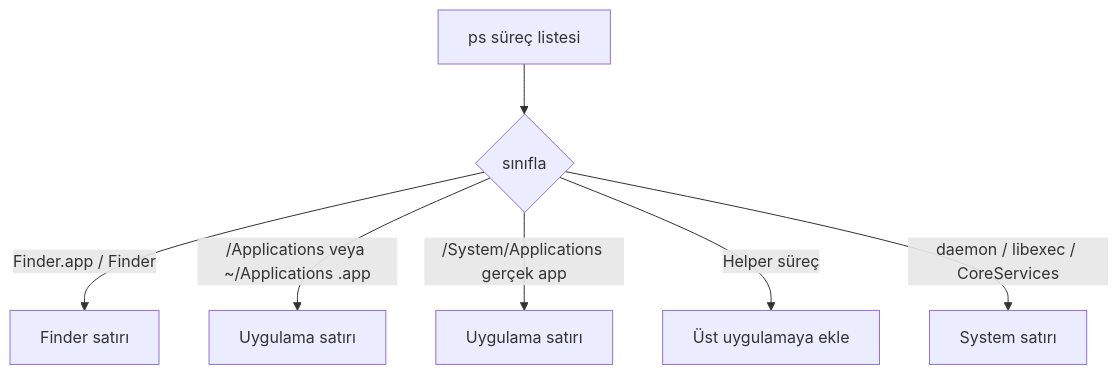
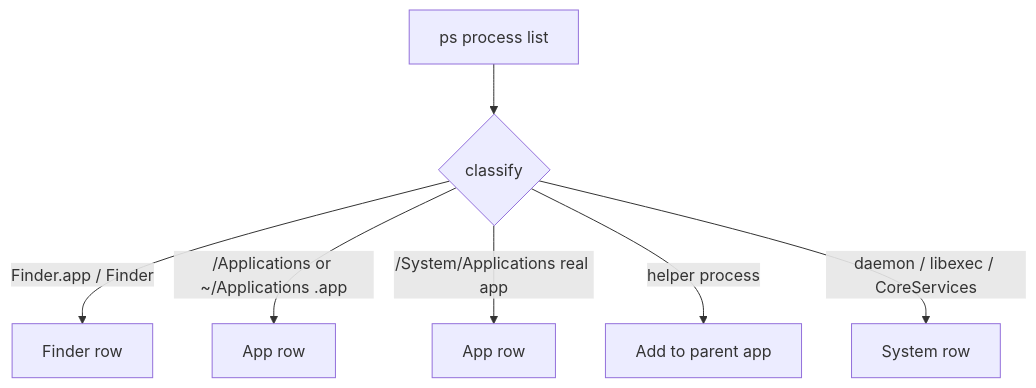
One commit to boracomet/gideon-monitor changed the second of 3 diagrams in README.md. Above: the diagram before and after it, drawn with Mermaid. The commit also changed other lines of this file and 2 other files, not shown here.

````diff
--- a/README.md
+++ b/README.md
@@ -70,9 +76,9 @@
 ```mermaid
 flowchart TD
-  ps[ps süreç listesi] --> cls{sınıfla}
-  cls -->|Finder.app / Finder| finder[Finder satırı]
-  cls -->|/Applications veya ~/Applications .app| apps[Uygulama satırı]
-  cls -->|/System/Applications gerçek app| sysapp[Uygulama satırı]
-  cls -->|Helper süreç| parent[Üst uygulamaya ekle]
-  cls -->|daemon / libexec / CoreServices| system[System satırı]
+  ps[ps process list] --> cls{classify}
+  cls -->|Finder.app / Finder| finder[Finder row]
+  cls -->|/Applications or ~/Applications .app| apps[App row]
+  cls -->|/System/Applications real app| sysapp[App row]
+  cls -->|helper process| parent[Add to parent app]
+  cls -->|daemon / libexec / CoreServices| system[System row]
 ```
````
